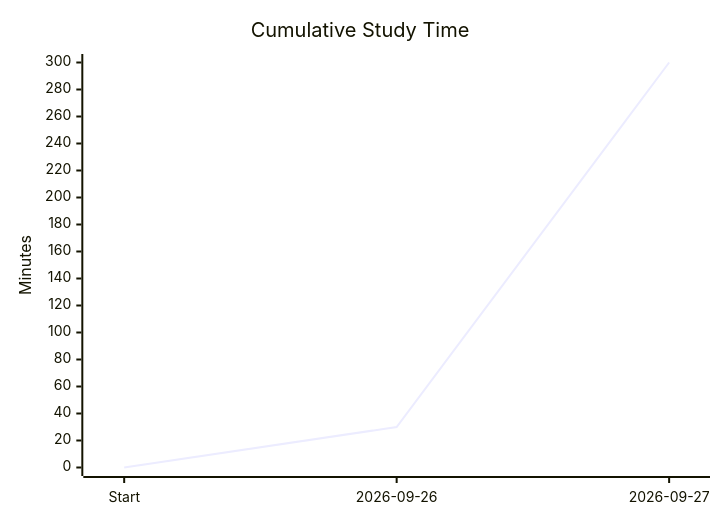
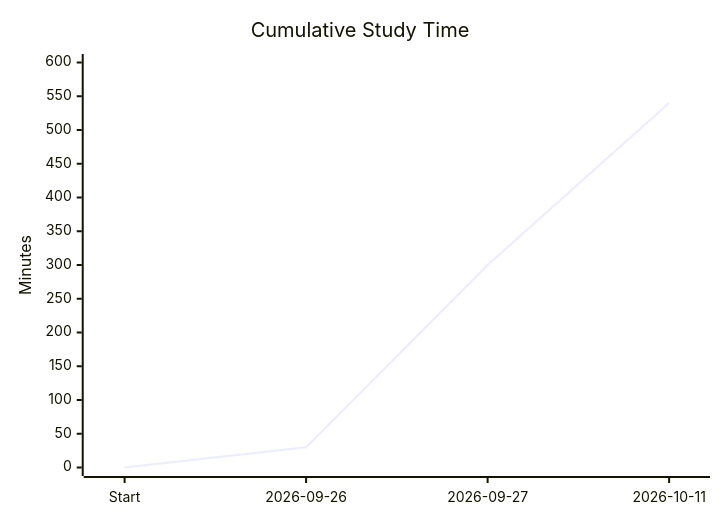
The first of 3 diagrams in learning-system/progress/PROGRESS.md (Muazislam/FullStack-Engineering-Education), drawn with Mermaid before and after one commit. The commit also changed other lines of this file and 2 other files, not shown here.

Commit message:
Day E start

````diff
--- a/learning-system/progress/PROGRESS.md
+++ b/learning-system/progress/PROGRESS.md
@@ -72,7 +72,7 @@
 ```mermaid
 xychart-beta
   title "Cumulative Study Time"
-  x-axis ["Start", "2026-09-26", "2026-09-27"]
-  y-axis "Minutes" 0 --> 300
-  line [0, 30, 300]
+  x-axis ["Start", "2026-09-26", "2026-09-27", "2026-10-11"]
+  y-axis "Minutes" 0 --> 600
+  line [0, 30, 300, 540]
 ```
````
